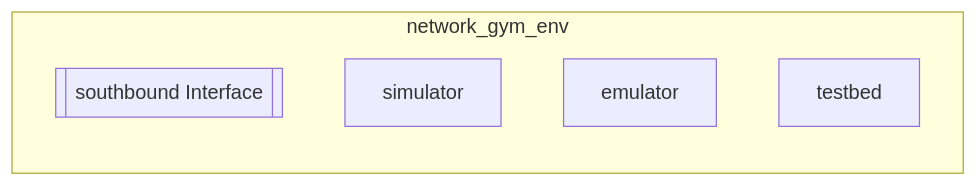
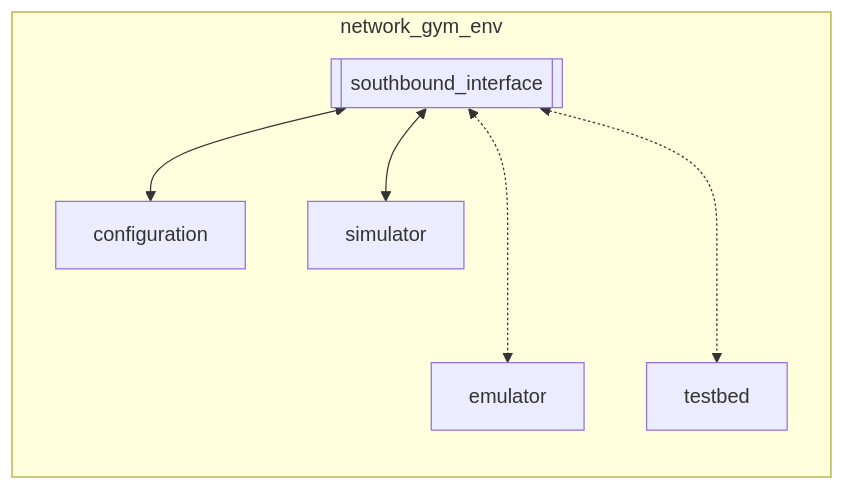
The diagram in _sources/api/network_gym_env.md (IntelLabs/networkgym), drawn with Mermaid before and after one commit. The commit also changed other lines of this file and 48 other files, not shown here.

````diff
--- a/_sources/api/network_gym_env.md
+++ b/_sources/api/network_gym_env.md
@@ -8,11 +14,12 @@
 ```{mermaid}
 flowchart LR
 
 subgraph network_gym_env
-southbound_api[[southbound Interface]]
-simulator
-emulator
-testbed 
+southbound_interface[[southbound_interface]]
+southbound_interface <--> configuration
+southbound_interface <--> simulator
+southbound_interface <-..-> emulator
+southbound_interface <-..-> testbed
 end
 
 ```
````
